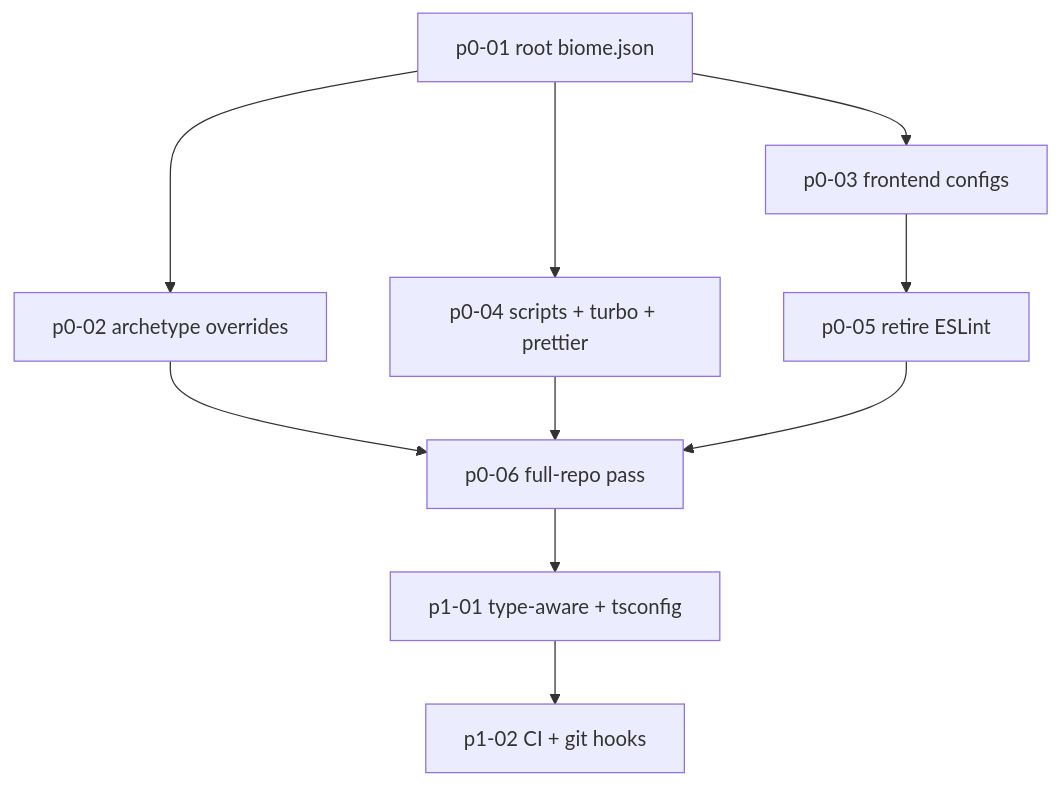
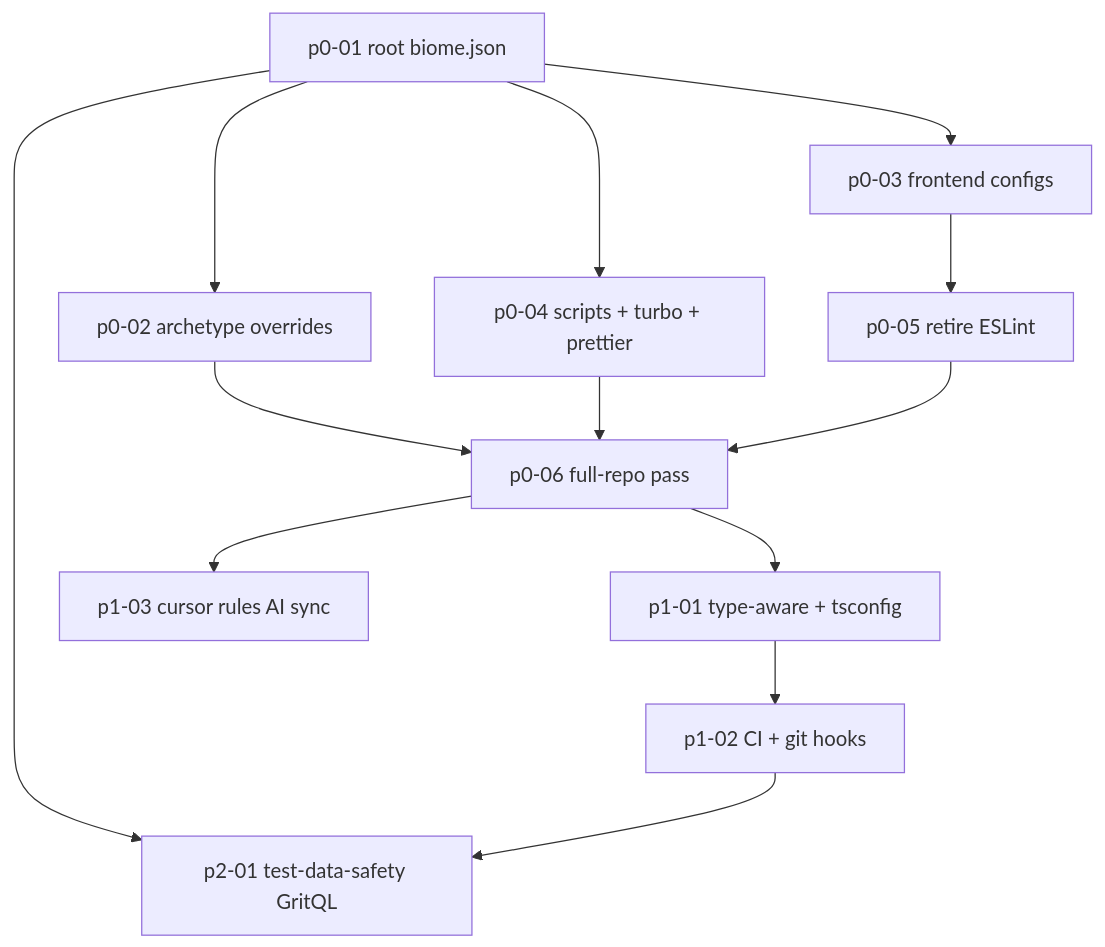
The diagram in .cursor/plans/biome-monorepo-migration/00-overview.md (codeguru0x/megawin), drawn with Mermaid before and after one commit. The commit also changed other lines of this file and 491 other files, not shown here.

````diff
--- a/.cursor/plans/biome-monorepo-migration/00-overview.md
+++ b/.cursor/plans/biome-monorepo-migration/00-overview.md
@@ -22,12 +33,15 @@
 ```mermaid
 flowchart TD
     p001["p0-01 root biome.json"] --> p002["p0-02 archetype overrides"]
     p001 --> p003["p0-03 frontend configs"]
     p001 --> p004["p0-04 scripts + turbo + prettier"]
     p003 --> p005["p0-05 retire ESLint"]
     p002 --> p006["p0-06 full-repo pass"]
     p004 --> p006
     p005 --> p006
     p006 --> p101["p1-01 type-aware + tsconfig"]
     p101 --> p102["p1-02 CI + git hooks"]
+    p006 --> p103["p1-03 cursor rules AI sync"]
+    p001 --> p201["p2-01 test-data-safety GritQL"]
+    p102 --> p201
 ```
````
